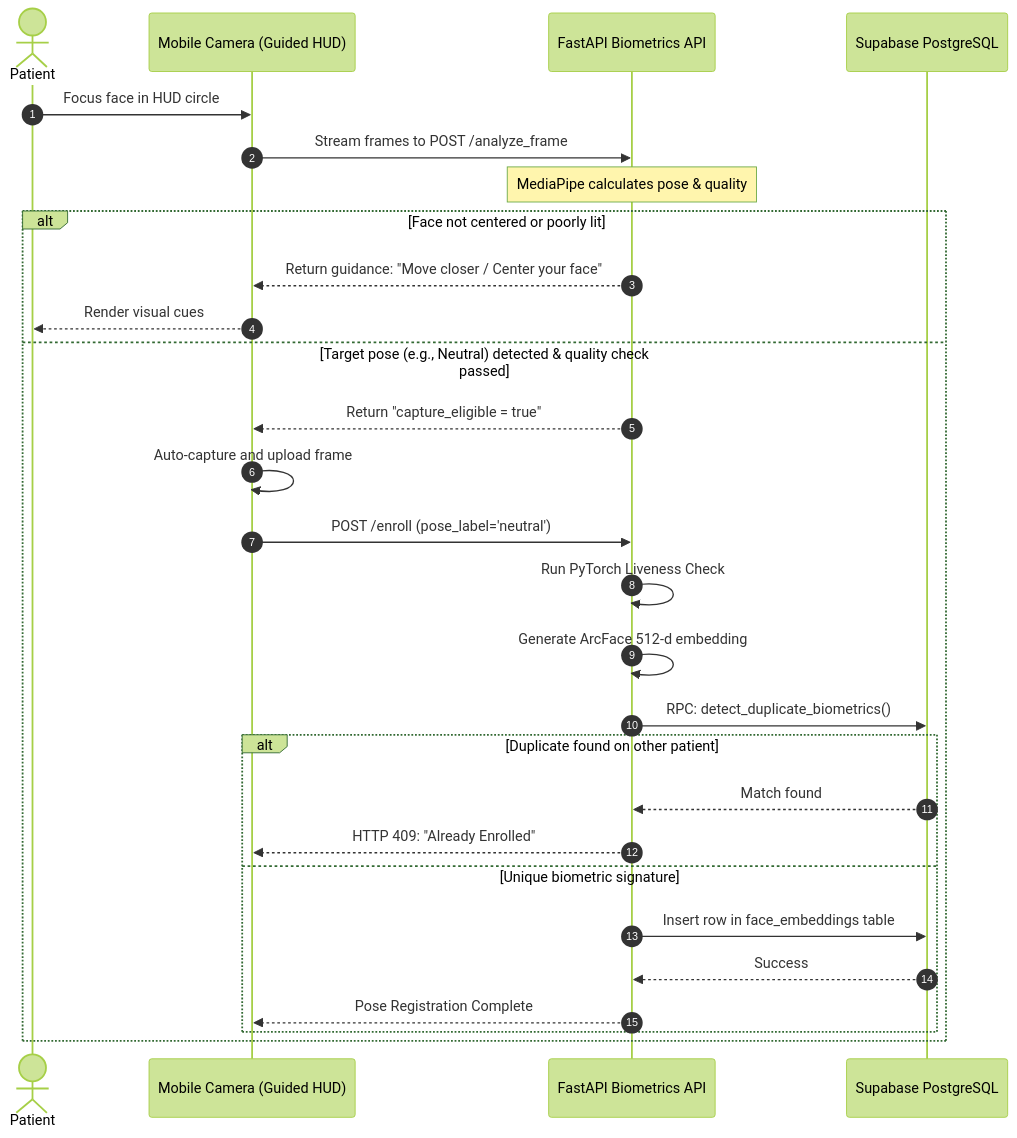
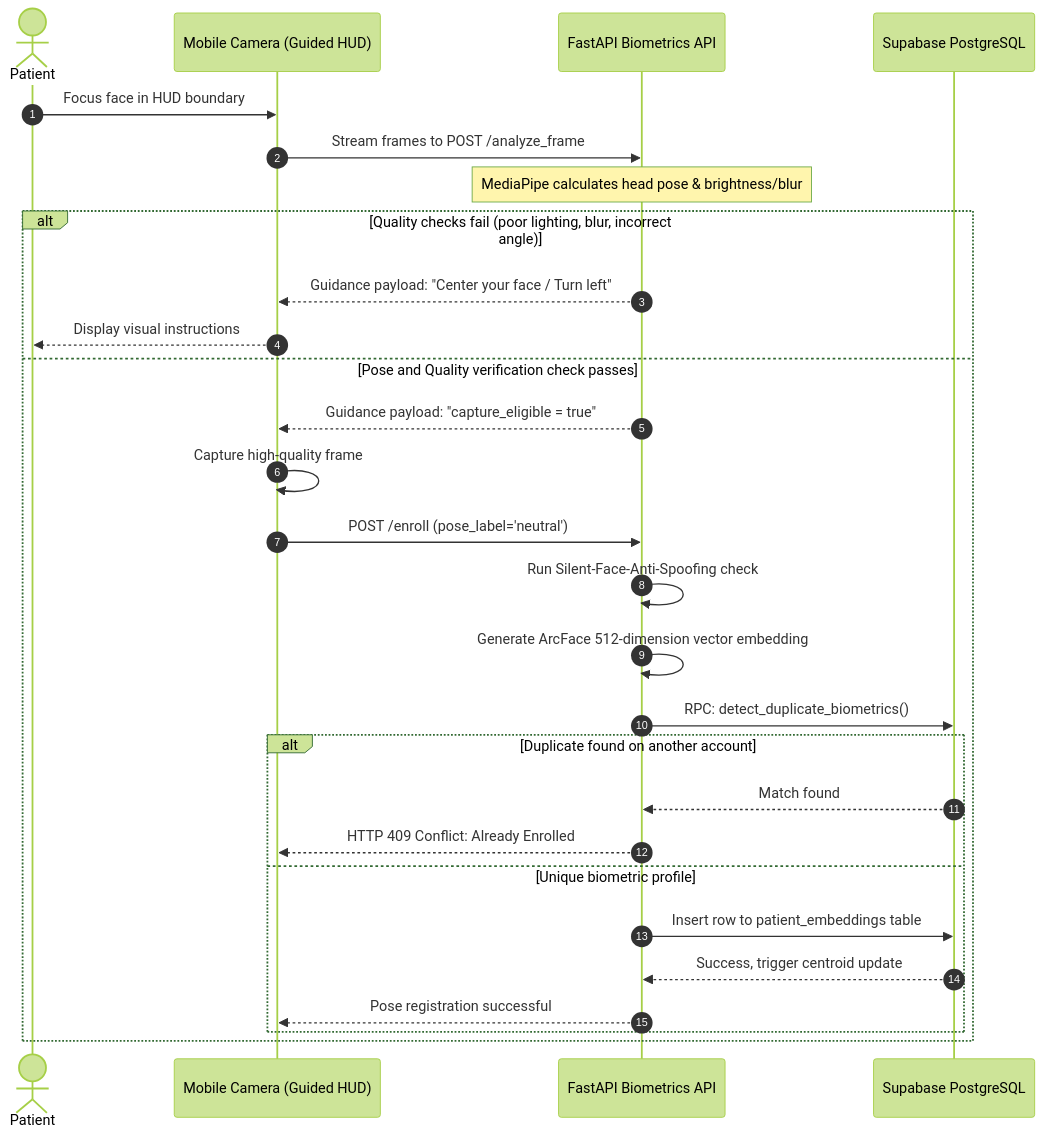
One commit to ankurrera/CareSyncMain changed the first of 2 diagrams in docs/BIOMETRIC_SYSTEM.md. Above: the diagram before and after it, drawn with Mermaid (forest theme). The commit also changed other lines of this file and 226 other files, not shown here.

````diff
--- a/docs/BIOMETRIC_SYSTEM.md
+++ b/docs/BIOMETRIC_SYSTEM.md
@@ -14,31 +14,31 @@
 ```mermaid
 sequenceDiagram
     autonumber
     actor Patient
     participant App as Mobile Camera (Guided HUD)
     participant BioAPI as FastAPI Biometrics API
     participant DB as Supabase PostgreSQL
-
-    Patient->>App: Focus face in HUD circle
+ 
+    Patient->>App: Focus face in HUD boundary
     App->>BioAPI: Stream frames to POST /analyze_frame
-    Note over BioAPI: MediaPipe calculates pose & quality
-    alt Face not centered or poorly lit
-        BioAPI-->>App: Return guidance: "Move closer / Center your face"
-        App-->>Patient: Render visual cues
-    else Target pose (e.g., Neutral) detected & quality check passed
-        BioAPI-->>App: Return "capture_eligible = true"
-        App->>App: Auto-capture and upload frame
+    Note over BioAPI: MediaPipe calculates head pose & brightness/blur
+    alt Quality checks fail (poor lighting, blur, incorrect angle)
+        BioAPI-->>App: Guidance payload: "Center your face / Turn left"
+        App-->>Patient: Display visual instructions
+    else Pose and Quality verification check passes
+        BioAPI-->>App: Guidance payload: "capture_eligible = true"
+        App->>App: Capture high-quality frame
         App->>BioAPI: POST /enroll (pose_label='neutral')
-        BioAPI->>BioAPI: Run PyTorch Liveness Check
-        BioAPI->>BioAPI: Generate ArcFace 512-d embedding
+        BioAPI->>BioAPI: Run Silent-Face-Anti-Spoofing check
+        BioAPI->>BioAPI: Generate ArcFace 512-dimension vector embedding
         BioAPI->>DB: RPC: detect_duplicate_biometrics()
-        alt Duplicate found on other patient
+        alt Duplicate found on another account
             DB-->>BioAPI: Match found
-            BioAPI-->>App: HTTP 409: "Already Enrolled"
-        else Unique biometric signature
-            BioAPI->>DB: Insert row in face_embeddings table
-            DB-->>BioAPI: Success
-            BioAPI-->>App: Pose Registration Complete
+            BioAPI-->>App: HTTP 409 Conflict: Already Enrolled
+        else Unique biometric profile
+            BioAPI->>DB: Insert row to patient_embeddings table
+            DB-->>BioAPI: Success, trigger centroid update
+            BioAPI-->>App: Pose registration successful
         end
     end
 ```
````
